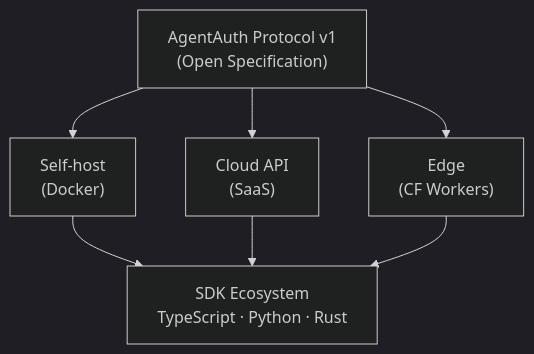
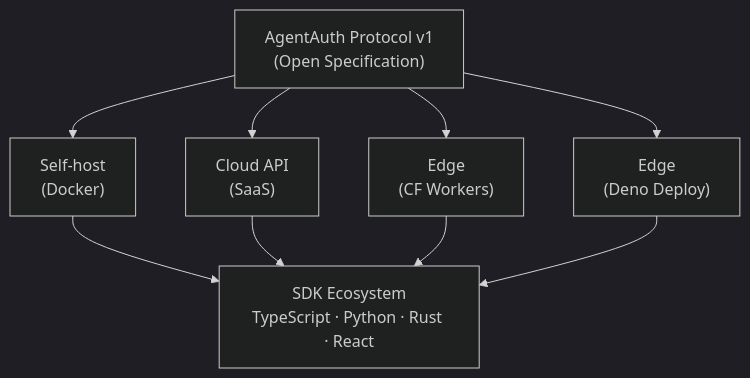
The fourth of 4 diagrams in README.md (dyshay/agentauth), drawn with Mermaid (dark theme) before and after one commit. The commit also changed other lines of this file and 1 other file, not shown here.

First line of the commit message:
docs: update README with React and edge packages, add changeset

````diff
--- a/README.md
+++ b/README.md
@@ -366,14 +435,16 @@
 ```mermaid
 graph TB
     Protocol["AgentAuth Protocol v1<br/>(Open Specification)"]
 
     Protocol --> SelfHost["Self-host<br/>(Docker)"]
     Protocol --> Cloud["Cloud API<br/>(SaaS)"]
-    Protocol --> Edge["Edge<br/>(CF Workers)"]
+    Protocol --> EdgeCF["Edge<br/>(CF Workers)"]
+    Protocol --> EdgeDeno["Edge<br/>(Deno Deploy)"]
 
     SelfHost --> SDKs
     Cloud --> SDKs
-    Edge --> SDKs
+    EdgeCF --> SDKs
+    EdgeDeno --> SDKs
 
-    SDKs["SDK Ecosystem<br/>TypeScript · Python · Rust"]
+    SDKs["SDK Ecosystem<br/>TypeScript · Python · Rust · React"]
 ```
````
